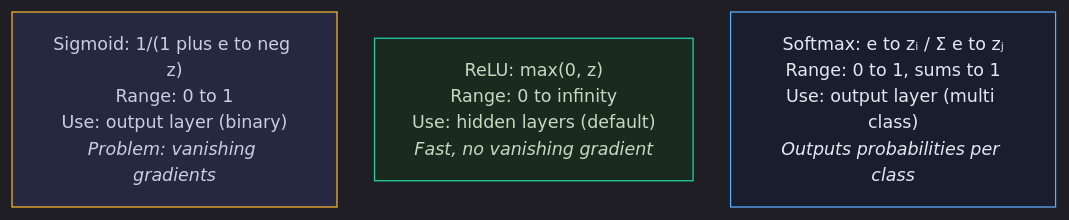
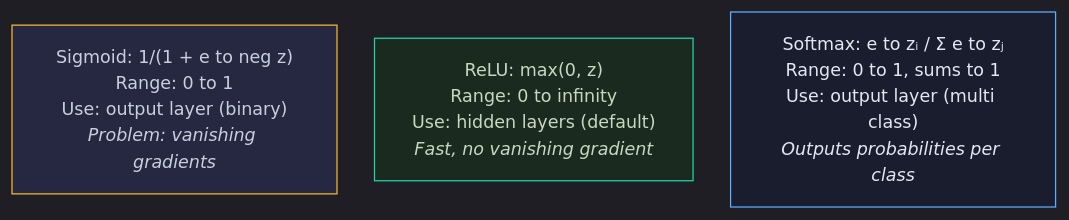
The fifth of 9 diagrams in Documents/Visual_Guides/Deep_Learning/Neural_Networks_Visual.md (snehith1234/StudyCircle), drawn with Mermaid before and after one commit. The commit also changed other lines of this file and 10 other files, not shown here.

First line of the commit message:
Fix Mermaid formatting and add RNN/LSTM guides

````diff
--- a/Documents/Visual_Guides/Deep_Learning/Neural_Networks_Visual.md
+++ b/Documents/Visual_Guides/Deep_Learning/Neural_Networks_Visual.md
@@ -112,11 +112,11 @@
 ```mermaid
 %%{init: {'theme': 'dark', 'themeVariables': {'darkMode': true, 'background': '#0e1117', 'primaryColor': '#1a1d2e', 'primaryTextColor': '#e2e8f0', 'primaryBorderColor': '#2d3148', 'lineColor': '#8892b0', 'secondaryColor': '#252840', 'tertiaryColor': '#1a1d2e', 'fontSize': '14px', 'edgeLabelBackground': '#0e1117'}, 'flowchart': {'nodeSpacing': 30, 'rankSpacing': 40, 'padding': 15, 'htmlLabels': true}}}%%
 graph TD
-    SIGMOID["Sigmoid: 1/(1 plus e to neg z)<br/>Range: 0 to 1<br/>Use: output layer (binary)<br/><i>Problem: vanishing gradients</i>"]
+    SIGMOID["Sigmoid: 1/(1 + e to neg z)<br/>Range: 0 to 1<br/>Use: output layer (binary)<br/><i>Problem: vanishing gradients</i>"]
     RELU["ReLU: max(0, z)<br/>Range: 0 to infinity<br/>Use: hidden layers (default)<br/><i>Fast, no vanishing gradient</i>"]
     SOFTMAX["Softmax: e to zᵢ / Σ e to zⱼ<br/>Range: 0 to 1, sums to 1<br/>Use: output layer (multi class)<br/><i>Outputs probabilities per class</i>"]
 
     style SIGMOID fill:#252840,stroke:#f5b731,color:#c8cfe0
     style RELU fill:#1a2a1f,stroke:#22d3a7,color:#c8d8c0
     style SOFTMAX fill:#1a1d2e,stroke:#5eaeff,color:#e2e8f0
 ```
````
